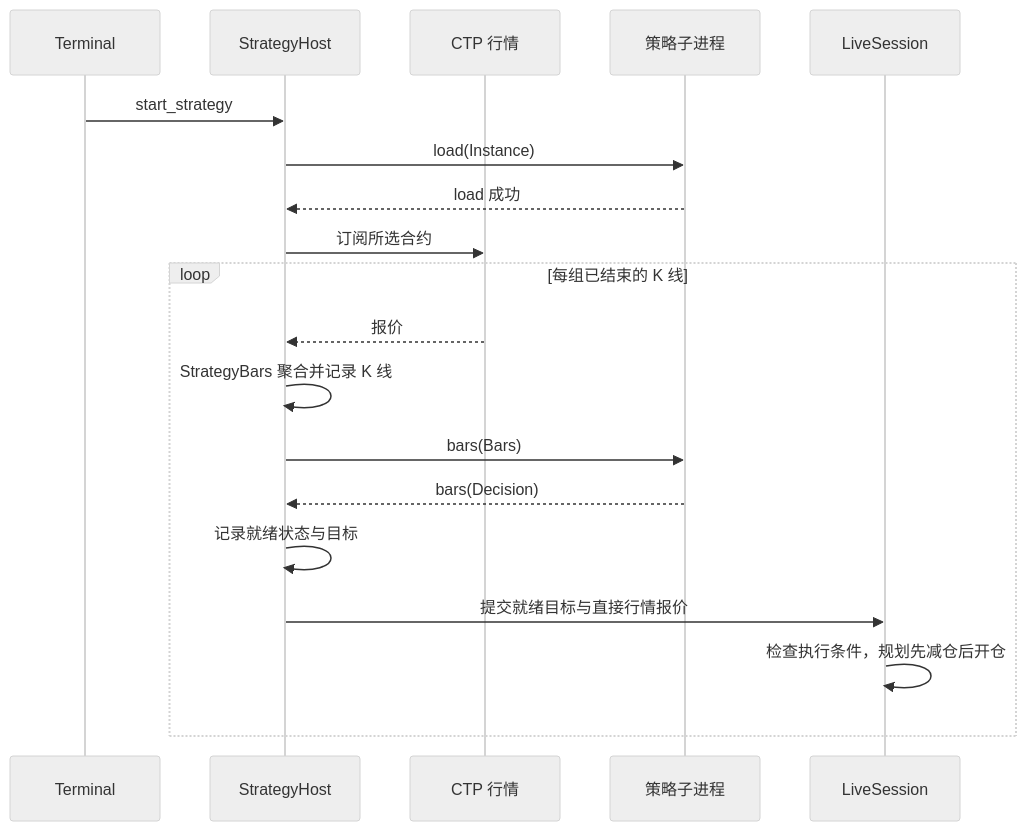
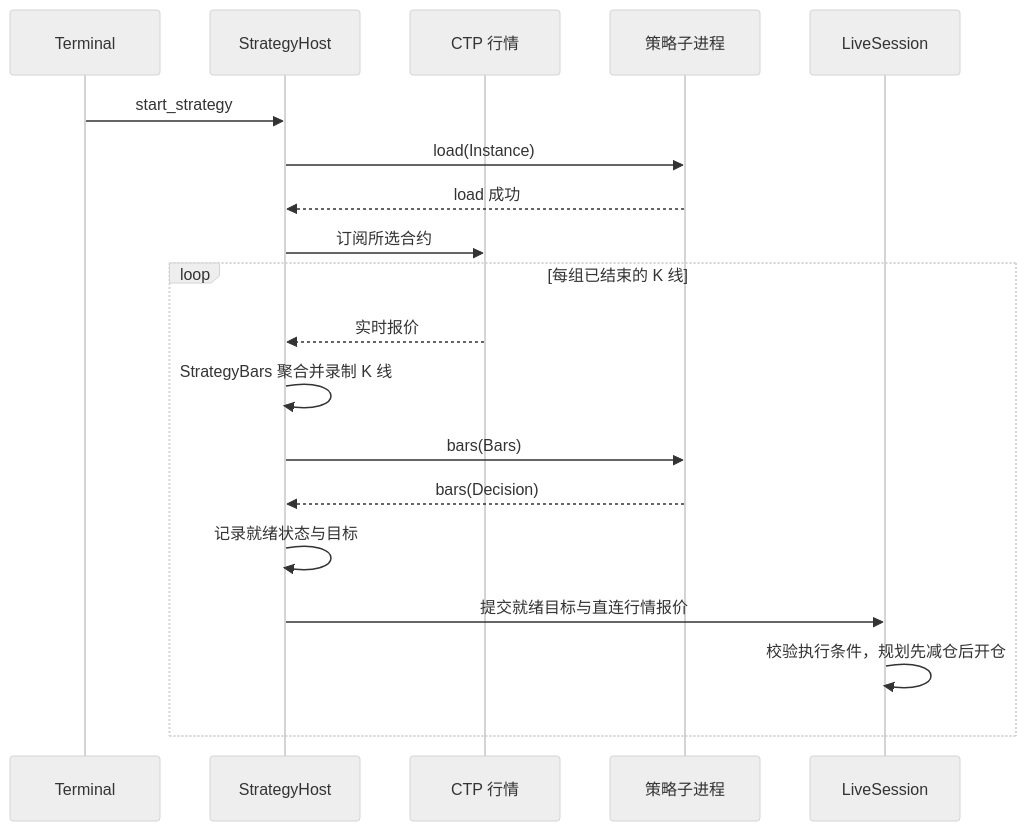
The fourth of 4 diagrams in docs/trading/architecture.md (isqiwen/asterion-terminal), drawn with Mermaid (neutral theme) before and after one commit. The commit also changed other lines of this file and 26 other files, not shown here.

````diff
--- a/docs/trading/architecture.md
+++ b/docs/trading/architecture.md
@@ -89,21 +89,21 @@
 ```mermaid
 sequenceDiagram
     participant UI as Terminal
     participant Host as StrategyHost
     participant Feed as CTP 行情
     participant Child as 策略子进程
     participant Account as LiveSession
     UI->>Host: start_strategy
     Host->>Child: load(Instance)
     Child-->>Host: load 成功
     Host->>Feed: 订阅所选合约
     loop 每组已结束的 K 线
-        Feed-->>Host: 报价
-        Host->>Host: StrategyBars 聚合并记录 K 线
+        Feed-->>Host: 实时报价
+        Host->>Host: StrategyBars 聚合并录制 K 线
         Host->>Child: bars(Bars)
         Child-->>Host: bars(Decision)
         Host->>Host: 记录就绪状态与目标
-        Host->>Account: 提交就绪目标与直接行情报价
-        Account->>Account: 检查执行条件，规划先减仓后开仓
+        Host->>Account: 提交就绪目标与直连行情报价
+        Account->>Account: 校验执行条件，规划先减仓后开仓
     end
 ```
````
